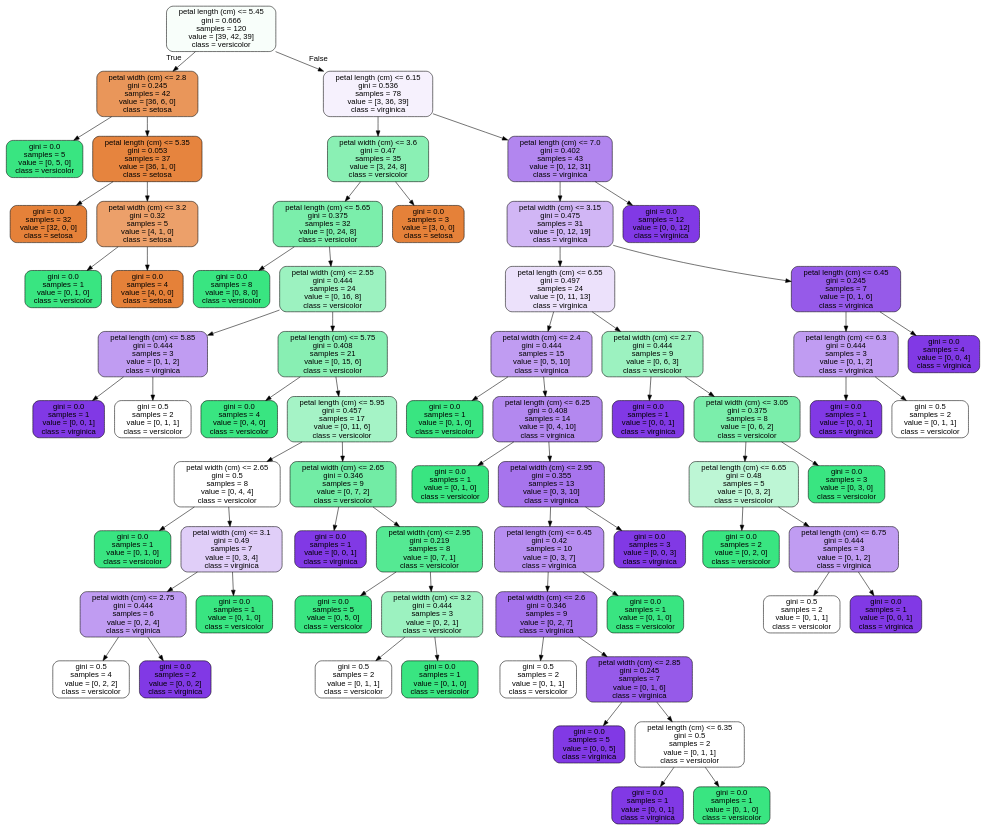
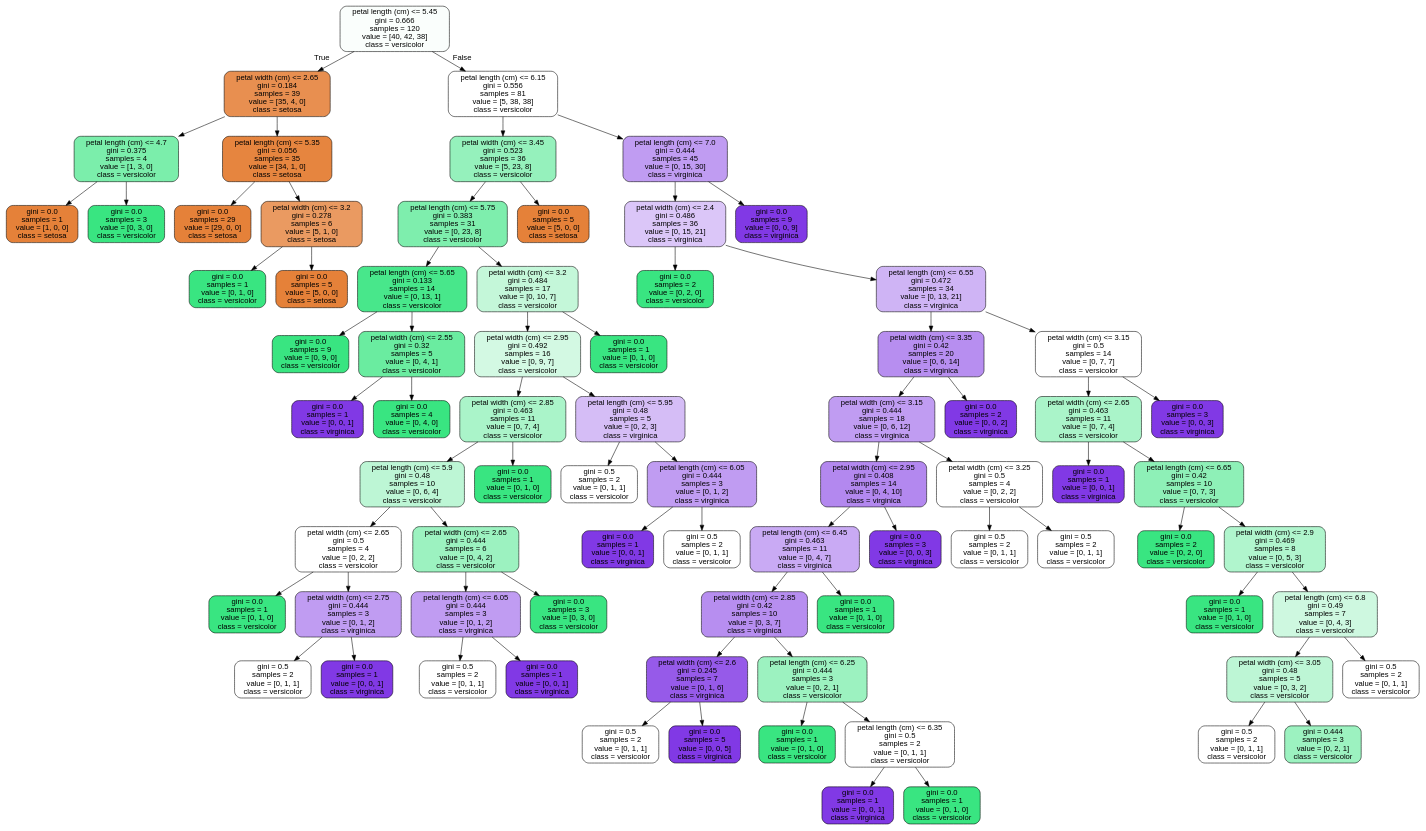
Before and after one commit to JoseDeJesusMendozaBecerril/Practica4_MineriaDeDatos: the diagram in images/decision_trees/iris_tree_train.dot, drawn with Graphviz. The commit also changed 8 other files, not shown here.

```diff
--- a/images/decision_trees/iris_tree_train.dot
+++ b/images/decision_trees/iris_tree_train.dot
@@ -1,137 +1,157 @@
 digraph Tree {
 node [shape=box, style="filled, rounded", color="black", fontname=helvetica] ;
 edge [fontname=helvetica] ;
-0 [label="petal length (cm) <= 5.45\ngini = 0.666\nsamples = 120\nvalue = [39, 42, 39]\nclass = versicolor", fillcolor="#f8fefa"] ;
-1 [label="petal width (cm) <= 2.8\ngini = 0.245\nsamples = 42\nvalue = [36, 6, 0]\nclass = setosa", fillcolor="#e9965a"] ;
+0 [label="petal length (cm) <= 5.45\ngini = 0.666\nsamples = 120\nvalue = [40, 42, 38]\nclass = versicolor", fillcolor="#fafefc"] ;
+1 [label="petal width (cm) <= 2.65\ngini = 0.184\nsamples = 39\nvalue = [35, 4, 0]\nclass = setosa", fillcolor="#e88f50"] ;
 0 -> 1 [labeldistance=2.5, labelangle=45, headlabel="True"] ;
-2 [label="gini = 0.0\nsamples = 5\nvalue = [0, 5, 0]\nclass = versicolor", fillcolor="#39e581"] ;
+2 [label="petal length (cm) <= 4.7\ngini = 0.375\nsamples = 4\nvalue = [1, 3, 0]\nclass = versicolor", fillcolor="#7beeab"] ;
 1 -> 2 ;
-3 [label="petal length (cm) <= 5.35\ngini = 0.053\nsamples = 37\nvalue = [36, 1, 0]\nclass = setosa", fillcolor="#e6843e"] ;
-1 -> 3 ;
-4 [label="gini = 0.0\nsamples = 32\nvalue = [32, 0, 0]\nclass = setosa", fillcolor="#e58139"] ;
-3 -> 4 ;
-5 [label="petal width (cm) <= 3.2\ngini = 0.32\nsamples = 5\nvalue = [4, 1, 0]\nclass = setosa", fillcolor="#eca06a"] ;
-3 -> 5 ;
-6 [label="gini = 0.0\nsamples = 1\nvalue = [0, 1, 0]\nclass = versicolor", fillcolor="#39e581"] ;
+3 [label="gini = 0.0\nsamples = 1\nvalue = [1, 0, 0]\nclass = setosa", fillcolor="#e58139"] ;
+2 -> 3 ;
+4 [label="gini = 0.0\nsamples = 3\nvalue = [0, 3, 0]\nclass = versicolor", fillcolor="#39e581"] ;
+2 -> 4 ;
+5 [label="petal length (cm) <= 5.35\ngini = 0.056\nsamples = 35\nvalue = [34, 1, 0]\nclass = setosa", fillcolor="#e6853f"] ;
+1 -> 5 ;
+6 [label="gini = 0.0\nsamples = 29\nvalue = [29, 0, 0]\nclass = setosa", fillcolor="#e58139"] ;
 5 -> 6 ;
-7 [label="gini = 0.0\nsamples = 4\nvalue = [4, 0, 0]\nclass = setosa", fillcolor="#e58139"] ;
+7 [label="petal width (cm) <= 3.2\ngini = 0.278\nsamples = 6\nvalue = [5, 1, 0]\nclass = setosa", fillcolor="#ea9a61"] ;
 5 -> 7 ;
-8 [label="petal length (cm) <= 6.15\ngini = 0.536\nsamples = 78\nvalue = [3, 36, 39]\nclass = virginica", fillcolor="#f6f1fd"] ;
-0 -> 8 [labeldistance=2.5, labelangle=-45, headlabel="False"] ;
-9 [label="petal width (cm) <= 3.6\ngini = 0.47\nsamples = 35\nvalue = [3, 24, 8]\nclass = versicolor", fillcolor="#8af0b4"] ;
-8 -> 9 ;
-10 [label="petal length (cm) <= 5.65\ngini = 0.375\nsamples = 32\nvalue = [0, 24, 8]\nclass = versicolor", fillcolor="#7beeab"] ;
-9 -> 10 ;
-11 [label="gini = 0.0\nsamples = 8\nvalue = [0, 8, 0]\nclass = versicolor", fillcolor="#39e581"] ;
+8 [label="gini = 0.0\nsamples = 1\nvalue = [0, 1, 0]\nclass = versicolor", fillcolor="#39e581"] ;
+7 -> 8 ;
+9 [label="gini = 0.0\nsamples = 5\nvalue = [5, 0, 0]\nclass = setosa", fillcolor="#e58139"] ;
+7 -> 9 ;
+10 [label="petal length (cm) <= 6.15\ngini = 0.556\nsamples = 81\nvalue = [5, 38, 38]\nclass = versicolor", fillcolor="#ffffff"] ;
+0 -> 10 [labeldistance=2.5, labelangle=-45, headlabel="False"] ;
+11 [label="petal width (cm) <= 3.45\ngini = 0.523\nsamples = 36\nvalue = [5, 23, 8]\nclass = versicolor", fillcolor="#95f1bc"] ;
 10 -> 11 ;
-12 [label="petal width (cm) <= 2.55\ngini = 0.444\nsamples = 24\nvalue = [0, 16, 8]\nclass = versicolor", fillcolor="#9cf2c0"] ;
-10 -> 12 ;
-13 [label="petal length (cm) <= 5.85\ngini = 0.444\nsamples = 3\nvalue = [0, 1, 2]\nclass = virginica", fillcolor="#c09cf2"] ;
+12 [label="petal length (cm) <= 5.75\ngini = 0.383\nsamples = 31\nvalue = [0, 23, 8]\nclass = versicolor", fillcolor="#7eeead"] ;
+11 -> 12 ;
+13 [label="petal length (cm) <= 5.65\ngini = 0.133\nsamples = 14\nvalue = [0, 13, 1]\nclass = versicolor", fillcolor="#48e78b"] ;
 12 -> 13 ;
-14 [label="gini = 0.0\nsamples = 1\nvalue = [0, 0, 1]\nclass = virginica", fillcolor="#8139e5"] ;
+14 [label="gini = 0.0\nsamples = 9\nvalue = [0, 9, 0]\nclass = versicolor", fillcolor="#39e581"] ;
 13 -> 14 ;
-15 [label="gini = 0.5\nsamples = 2\nvalue = [0, 1, 1]\nclass = versicolor", fillcolor="#ffffff"] ;
+15 [label="petal width (cm) <= 2.55\ngini = 0.32\nsamples = 5\nvalue = [0, 4, 1]\nclass = versicolor", fillcolor="#6aeca0"] ;
 13 -> 15 ;
-16 [label="petal length (cm) <= 5.75\ngini = 0.408\nsamples = 21\nvalue = [0, 15, 6]\nclass = versicolor", fillcolor="#88efb3"] ;
-12 -> 16 ;
+16 [label="gini = 0.0\nsamples = 1\nvalue = [0, 0, 1]\nclass = virginica", fillcolor="#8139e5"] ;
+15 -> 16 ;
 17 [label="gini = 0.0\nsamples = 4\nvalue = [0, 4, 0]\nclass = versicolor", fillcolor="#39e581"] ;
-16 -> 17 ;
-18 [label="petal length (cm) <= 5.95\ngini = 0.457\nsamples = 17\nvalue = [0, 11, 6]\nclass = versicolor", fillcolor="#a5f3c6"] ;
-16 -> 18 ;
-19 [label="petal width (cm) <= 2.65\ngini = 0.5\nsamples = 8\nvalue = [0, 4, 4]\nclass = versicolor", fillcolor="#ffffff"] ;
+15 -> 17 ;
+18 [label="petal width (cm) <= 3.2\ngini = 0.484\nsamples = 17\nvalue = [0, 10, 7]\nclass = versicolor", fillcolor="#c4f7d9"] ;
+12 -> 18 ;
+19 [label="petal width (cm) <= 2.95\ngini = 0.492\nsamples = 16\nvalue = [0, 9, 7]\nclass = versicolor", fillcolor="#d3f9e3"] ;
 18 -> 19 ;
-20 [label="gini = 0.0\nsamples = 1\nvalue = [0, 1, 0]\nclass = versicolor", fillcolor="#39e581"] ;
+20 [label="petal width (cm) <= 2.85\ngini = 0.463\nsamples = 11\nvalue = [0, 7, 4]\nclass = versicolor", fillcolor="#aaf4c9"] ;
 19 -> 20 ;
-21 [label="petal width (cm) <= 3.1\ngini = 0.49\nsamples = 7\nvalue = [0, 3, 4]\nclass = virginica", fillcolor="#e0cef8"] ;
-19 -> 21 ;
-22 [label="petal width (cm) <= 2.75\ngini = 0.444\nsamples = 6\nvalue = [0, 2, 4]\nclass = virginica", fillcolor="#c09cf2"] ;
+21 [label="petal length (cm) <= 5.9\ngini = 0.48\nsamples = 10\nvalue = [0, 6, 4]\nclass = versicolor", fillcolor="#bdf6d5"] ;
+20 -> 21 ;
+22 [label="petal width (cm) <= 2.65\ngini = 0.5\nsamples = 4\nvalue = [0, 2, 2]\nclass = versicolor", fillcolor="#ffffff"] ;
 21 -> 22 ;
-23 [label="gini = 0.5\nsamples = 4\nvalue = [0, 2, 2]\nclass = versicolor", fillcolor="#ffffff"] ;
+23 [label="gini = 0.0\nsamples = 1\nvalue = [0, 1, 0]\nclass = versicolor", fillcolor="#39e581"] ;
 22 -> 23 ;
-24 [label="gini = 0.0\nsamples = 2\nvalue = [0, 0, 2]\nclass = virginica", fillcolor="#8139e5"] ;
+24 [label="petal width (cm) <= 2.75\ngini = 0.444\nsamples = 3\nvalue = [0, 1, 2]\nclass = virginica", fillcolor="#c09cf2"] ;
 22 -> 24 ;
-25 [label="gini = 0.0\nsamples = 1\nvalue = [0, 1, 0]\nclass = versicolor", fillcolor="#39e581"] ;
-21 -> 25 ;
-26 [label="petal width (cm) <= 2.65\ngini = 0.346\nsamples = 9\nvalue = [0, 7, 2]\nclass = versicolor", fillcolor="#72eca5"] ;
-18 -> 26 ;
-27 [label="gini = 0.0\nsamples = 1\nvalue = [0, 0, 1]\nclass = virginica", fillcolor="#8139e5"] ;
-26 -> 27 ;
-28 [label="petal width (cm) <= 2.95\ngini = 0.219\nsamples = 8\nvalue = [0, 7, 1]\nclass = versicolor", fillcolor="#55e993"] ;
-26 -> 28 ;
-29 [label="gini = 0.0\nsamples = 5\nvalue = [0, 5, 0]\nclass = versicolor", fillcolor="#39e581"] ;
+25 [label="gini = 0.5\nsamples = 2\nvalue = [0, 1, 1]\nclass = versicolor", fillcolor="#ffffff"] ;
+24 -> 25 ;
+26 [label="gini = 0.0\nsamples = 1\nvalue = [0, 0, 1]\nclass = virginica", fillcolor="#8139e5"] ;
+24 -> 26 ;
+27 [label="petal width (cm) <= 2.65\ngini = 0.444\nsamples = 6\nvalue = [0, 4, 2]\nclass = versicolor", fillcolor="#9cf2c0"] ;
+21 -> 27 ;
+28 [label="petal length (cm) <= 6.05\ngini = 0.444\nsamples = 3\nvalue = [0, 1, 2]\nclass = virginica", fillcolor="#c09cf2"] ;
+27 -> 28 ;
+29 [label="gini = 0.5\nsamples = 2\nvalue = [0, 1, 1]\nclass = versicolor", fillcolor="#ffffff"] ;
 28 -> 29 ;
-30 [label="petal width (cm) <= 3.2\ngini = 0.444\nsamples = 3\nvalue = [0, 2, 1]\nclass = versicolor", fillcolor="#9cf2c0"] ;
+30 [label="gini = 0.0\nsamples = 1\nvalue = [0, 0, 1]\nclass = virginica", fillcolor="#8139e5"] ;
 28 -> 30 ;
-31 [label="gini = 0.5\nsamples = 2\nvalue = [0, 1, 1]\nclass = versicolor", fillcolor="#ffffff"] ;
-30 -> 31 ;
+31 [label="gini = 0.0\nsamples = 3\nvalue = [0, 3, 0]\nclass = versicolor", fillcolor="#39e581"] ;
+27 -> 31 ;
 32 [label="gini = 0.0\nsamples = 1\nvalue = [0, 1, 0]\nclass = versicolor", fillcolor="#39e581"] ;
-30 -> 32 ;
-33 [label="gini = 0.0\nsamples = 3\nvalue = [3, 0, 0]\nclass = setosa", fillcolor="#e58139"] ;
-9 -> 33 ;
-34 [label="petal length (cm) <= 7.0\ngini = 0.402\nsamples = 43\nvalue = [0, 12, 31]\nclass = virginica", fillcolor="#b286ef"] ;
-8 -> 34 ;
-35 [label="petal width (cm) <= 3.15\ngini = 0.475\nsamples = 31\nvalue = [0, 12, 19]\nclass = virginica", fillcolor="#d1b6f5"] ;
-34 -> 35 ;
-36 [label="petal length (cm) <= 6.55\ngini = 0.497\nsamples = 24\nvalue = [0, 11, 13]\nclass = virginica", fillcolor="#ece1fb"] ;
+20 -> 32 ;
+33 [label="petal length (cm) <= 5.95\ngini = 0.48\nsamples = 5\nvalue = [0, 2, 3]\nclass = virginica", fillcolor="#d5bdf6"] ;
+19 -> 33 ;
+34 [label="gini = 0.5\nsamples = 2\nvalue = [0, 1, 1]\nclass = versicolor", fillcolor="#ffffff"] ;
+33 -> 34 ;
+35 [label="petal length (cm) <= 6.05\ngini = 0.444\nsamples = 3\nvalue = [0, 1, 2]\nclass = virginica", fillcolor="#c09cf2"] ;
+33 -> 35 ;
+36 [label="gini = 0.0\nsamples = 1\nvalue = [0, 0, 1]\nclass = virginica", fillcolor="#8139e5"] ;
 35 -> 36 ;
-37 [label="petal width (cm) <= 2.4\ngini = 0.444\nsamples = 15\nvalue = [0, 5, 10]\nclass = virginica", fillcolor="#c09cf2"] ;
-36 -> 37 ;
+37 [label="gini = 0.5\nsamples = 2\nvalue = [0, 1, 1]\nclass = versicolor", fillcolor="#ffffff"] ;
+35 -> 37 ;
 38 [label="gini = 0.0\nsamples = 1\nvalue = [0, 1, 0]\nclass = versicolor", fillcolor="#39e581"] ;
-37 -> 38 ;
-39 [label="petal length (cm) <= 6.25\ngini = 0.408\nsamples = 14\nvalue = [0, 4, 10]\nclass = virginica", fillcolor="#b388ef"] ;
-37 -> 39 ;
-40 [label="gini = 0.0\nsamples = 1\nvalue = [0, 1, 0]\nclass = versicolor", fillcolor="#39e581"] ;
-39 -> 40 ;
-41 [label="petal width (cm) <= 2.95\ngini = 0.355\nsamples = 13\nvalue = [0, 3, 10]\nclass = virginica", fillcolor="#a774ed"] ;
-39 -> 41 ;
-42 [label="petal length (cm) <= 6.45\ngini = 0.42\nsamples = 10\nvalue = [0, 3, 7]\nclass = virginica", fillcolor="#b78ef0"] ;
+18 -> 38 ;
+39 [label="gini = 0.0\nsamples = 5\nvalue = [5, 0, 0]\nclass = setosa", fillcolor="#e58139"] ;
+11 -> 39 ;
+40 [label="petal length (cm) <= 7.0\ngini = 0.444\nsamples = 45\nvalue = [0, 15, 30]\nclass = virginica", fillcolor="#c09cf2"] ;
+10 -> 40 ;
+41 [label="petal width (cm) <= 2.4\ngini = 0.486\nsamples = 36\nvalue = [0, 15, 21]\nclass = virginica", fillcolor="#dbc6f8"] ;
+40 -> 41 ;
+42 [label="gini = 0.0\nsamples = 2\nvalue = [0, 2, 0]\nclass = versicolor", fillcolor="#39e581"] ;
 41 -> 42 ;
-43 [label="petal width (cm) <= 2.6\ngini = 0.346\nsamples = 9\nvalue = [0, 2, 7]\nclass = virginica", fillcolor="#a572ec"] ;
-42 -> 43 ;
-44 [label="gini = 0.5\nsamples = 2\nvalue = [0, 1, 1]\nclass = versicolor", fillcolor="#ffffff"] ;
+43 [label="petal length (cm) <= 6.55\ngini = 0.472\nsamples = 34\nvalue = [0, 13, 21]\nclass = virginica", fillcolor="#cfb4f5"] ;
+41 -> 43 ;
+44 [label="petal width (cm) <= 3.35\ngini = 0.42\nsamples = 20\nvalue = [0, 6, 14]\nclass = virginica", fillcolor="#b78ef0"] ;
 43 -> 44 ;
-45 [label="petal width (cm) <= 2.85\ngini = 0.245\nsamples = 7\nvalue = [0, 1, 6]\nclass = virginica", fillcolor="#965ae9"] ;
-43 -> 45 ;
-46 [label="gini = 0.0\nsamples = 5\nvalue = [0, 0, 5]\nclass = virginica", fillcolor="#8139e5"] ;
+45 [label="petal width (cm) <= 3.15\ngini = 0.444\nsamples = 18\nvalue = [0, 6, 12]\nclass = virginica", fillcolor="#c09cf2"] ;
+44 -> 45 ;
+46 [label="petal width (cm) <= 2.95\ngini = 0.408\nsamples = 14\nvalue = [0, 4, 10]\nclass = virginica", fillcolor="#b388ef"] ;
 45 -> 46 ;
-47 [label="petal length (cm) <= 6.35\ngini = 0.5\nsamples = 2\nvalue = [0, 1, 1]\nclass = versicolor", fillcolor="#ffffff"] ;
-45 -> 47 ;
-48 [label="gini = 0.0\nsamples = 1\nvalue = [0, 0, 1]\nclass = virginica", fillcolor="#8139e5"] ;
+47 [label="petal length (cm) <= 6.45\ngini = 0.463\nsamples = 11\nvalue = [0, 4, 7]\nclass = virginica", fillcolor="#c9aaf4"] ;
+46 -> 47 ;
+48 [label="petal width (cm) <= 2.85\ngini = 0.42\nsamples = 10\nvalue = [0, 3, 7]\nclass = virginica", fillcolor="#b78ef0"] ;
 47 -> 48 ;
-49 [label="gini = 0.0\nsamples = 1\nvalue = [0, 1, 0]\nclass = versicolor", fillcolor="#39e581"] ;
-47 -> 49 ;
-50 [label="gini = 0.0\nsamples = 1\nvalue = [0, 1, 0]\nclass = versicolor", fillcolor="#39e581"] ;
-42 -> 50 ;
-51 [label="gini = 0.0\nsamples = 3\nvalue = [0, 0, 3]\nclass = virginica", fillcolor="#8139e5"] ;
-41 -> 51 ;
-52 [label="petal width (cm) <= 2.7\ngini = 0.444\nsamples = 9\nvalue = [0, 6, 3]\nclass = versicolor", fillcolor="#9cf2c0"] ;
-36 -> 52 ;
-53 [label="gini = 0.0\nsamples = 1\nvalue = [0, 0, 1]\nclass = virginica", fillcolor="#8139e5"] ;
+49 [label="petal width (cm) <= 2.6\ngini = 0.245\nsamples = 7\nvalue = [0, 1, 6]\nclass = virginica", fillcolor="#965ae9"] ;
+48 -> 49 ;
+50 [label="gini = 0.5\nsamples = 2\nvalue = [0, 1, 1]\nclass = versicolor", fillcolor="#ffffff"] ;
+49 -> 50 ;
+51 [label="gini = 0.0\nsamples = 5\nvalue = [0, 0, 5]\nclass = virginica", fillcolor="#8139e5"] ;
+49 -> 51 ;
+52 [label="petal length (cm) <= 6.25\ngini = 0.444\nsamples = 3\nvalue = [0, 2, 1]\nclass = versicolor", fillcolor="#9cf2c0"] ;
+48 -> 52 ;
+53 [label="gini = 0.0\nsamples = 1\nvalue = [0, 1, 0]\nclass = versicolor", fillcolor="#39e581"] ;
 52 -> 53 ;
-54 [label="petal width (cm) <= 3.05\ngini = 0.375\nsamples = 8\nvalue = [0, 6, 2]\nclass = versicolor", fillcolor="#7beeab"] ;
+54 [label="petal length (cm) <= 6.35\ngini = 0.5\nsamples = 2\nvalue = [0, 1, 1]\nclass = versicolor", fillcolor="#ffffff"] ;
 52 -> 54 ;
-55 [label="petal length (cm) <= 6.65\ngini = 0.48\nsamples = 5\nvalue = [0, 3, 2]\nclass = versicolor", fillcolor="#bdf6d5"] ;
+55 [label="gini = 0.0\nsamples = 1\nvalue = [0, 0, 1]\nclass = virginica", fillcolor="#8139e5"] ;
 54 -> 55 ;
-56 [label="gini = 0.0\nsamples = 2\nvalue = [0, 2, 0]\nclass = versicolor", fillcolor="#39e581"] ;
-55 -> 56 ;
-57 [label="petal length (cm) <= 6.75\ngini = 0.444\nsamples = 3\nvalue = [0, 1, 2]\nclass = virginica", fillcolor="#c09cf2"] ;
-55 -> 57 ;
-58 [label="gini = 0.5\nsamples = 2\nvalue = [0, 1, 1]\nclass = versicolor", fillcolor="#ffffff"] ;
-57 -> 58 ;
-59 [label="gini = 0.0\nsamples = 1\nvalue = [0, 0, 1]\nclass = virginica", fillcolor="#8139e5"] ;
-57 -> 59 ;
-60 [label="gini = 0.0\nsamples = 3\nvalue = [0, 3, 0]\nclass = versicolor", fillcolor="#39e581"] ;
-54 -> 60 ;
-61 [label="petal length (cm) <= 6.45\ngini = 0.245\nsamples = 7\nvalue = [0, 1, 6]\nclass = virginica", fillcolor="#965ae9"] ;
-35 -> 61 ;
-62 [label="petal length (cm) <= 6.3\ngini = 0.444\nsamples = 3\nvalue = [0, 1, 2]\nclass = virginica", fillcolor="#c09cf2"] ;
-61 -> 62 ;
-63 [label="gini = 0.0\nsamples = 1\nvalue = [0, 0, 1]\nclass = virginica", fillcolor="#8139e5"] ;
-62 -> 63 ;
-64 [label="gini = 0.5\nsamples = 2\nvalue = [0, 1, 1]\nclass = versicolor", fillcolor="#ffffff"] ;
-62 -> 64 ;
-65 [label="gini = 0.0\nsamples = 4\nvalue = [0, 0, 4]\nclass = virginica", fillcolor="#8139e5"] ;
-61 -> 65 ;
-66 [label="gini = 0.0\nsamples = 12\nvalue = [0, 0, 12]\nclass = virginica", fillcolor="#8139e5"] ;
-34 -> 66 ;
+56 [label="gini = 0.0\nsamples = 1\nvalue = [0, 1, 0]\nclass = versicolor", fillcolor="#39e581"] ;
+54 -> 56 ;
+57 [label="gini = 0.0\nsamples = 1\nvalue = [0, 1, 0]\nclass = versicolor", fillcolor="#39e581"] ;
+47 -> 57 ;
+58 [label="gini = 0.0\nsamples = 3\nvalue = [0, 0, 3]\nclass = virginica", fillcolor="#8139e5"] ;
+46 -> 58 ;
+59 [label="petal width (cm) <= 3.25\ngini = 0.5\nsamples = 4\nvalue = [0, 2, 2]\nclass = versicolor", fillcolor="#ffffff"] ;
+45 -> 59 ;
+60 [label="gini = 0.5\nsamples = 2\nvalue = [0, 1, 1]\nclass = versicolor", fillcolor="#ffffff"] ;
+59 -> 60 ;
+61 [label="gini = 0.5\nsamples = 2\nvalue = [0, 1, 1]\nclass = versicolor", fillcolor="#ffffff"] ;
+59 -> 61 ;
+62 [label="gini = 0.0\nsamples = 2\nvalue = [0, 0, 2]\nclass = virginica", fillcolor="#8139e5"] ;
+44 -> 62 ;
+63 [label="petal width (cm) <= 3.15\ngini = 0.5\nsamples = 14\nvalue = [0, 7, 7]\nclass = versicolor", fillcolor="#ffffff"] ;
+43 -> 63 ;
+64 [label="petal width (cm) <= 2.65\ngini = 0.463\nsamples = 11\nvalue = [0, 7, 4]\nclass = versicolor", fillcolor="#aaf4c9"] ;
+63 -> 64 ;
+65 [label="gini = 0.0\nsamples = 1\nvalue = [0, 0, 1]\nclass = virginica", fillcolor="#8139e5"] ;
+64 -> 65 ;
+66 [label="petal length (cm) <= 6.65\ngini = 0.42\nsamples = 10\nvalue = [0, 7, 3]\nclass = versicolor", fillcolor="#8ef0b7"] ;
+64 -> 66 ;
+67 [label="gini = 0.0\nsamples = 2\nvalue = [0, 2, 0]\nclass = versicolor", fillcolor="#39e581"] ;
+66 -> 67 ;
+68 [label="petal width (cm) <= 2.9\ngini = 0.469\nsamples = 8\nvalue = [0, 5, 3]\nclass = versicolor", fillcolor="#b0f5cd"] ;
+66 -> 68 ;
+69 [label="gini = 0.0\nsamples = 1\nvalue = [0, 1, 0]\nclass = versicolor", fillcolor="#39e581"] ;
+68 -> 69 ;
+70 [label="petal length (cm) <= 6.8\ngini = 0.49\nsamples = 7\nvalue = [0, 4, 3]\nclass = versicolor", fillcolor="#cef8e0"] ;
+68 -> 70 ;
+71 [label="petal width (cm) <= 3.05\ngini = 0.48\nsamples = 5\nvalue = [0, 3, 2]\nclass = versicolor", fillcolor="#bdf6d5"] ;
+70 -> 71 ;
+72 [label="gini = 0.5\nsamples = 2\nvalue = [0, 1, 1]\nclass = versicolor", fillcolor="#ffffff"] ;
+71 -> 72 ;
+73 [label="gini = 0.444\nsamples = 3\nvalue = [0, 2, 1]\nclass = versicolor", fillcolor="#9cf2c0"] ;
+71 -> 73 ;
+74 [label="gini = 0.5\nsamples = 2\nvalue = [0, 1, 1]\nclass = versicolor", fillcolor="#ffffff"] ;
+70 -> 74 ;
+75 [label="gini = 0.0\nsamples = 3\nvalue = [0, 0, 3]\nclass = virginica", fillcolor="#8139e5"] ;
+63 -> 75 ;
+76 [label="gini = 0.0\nsamples = 9\nvalue = [0, 0, 9]\nclass = virginica", fillcolor="#8139e5"] ;
+40 -> 76 ;
 }
```
